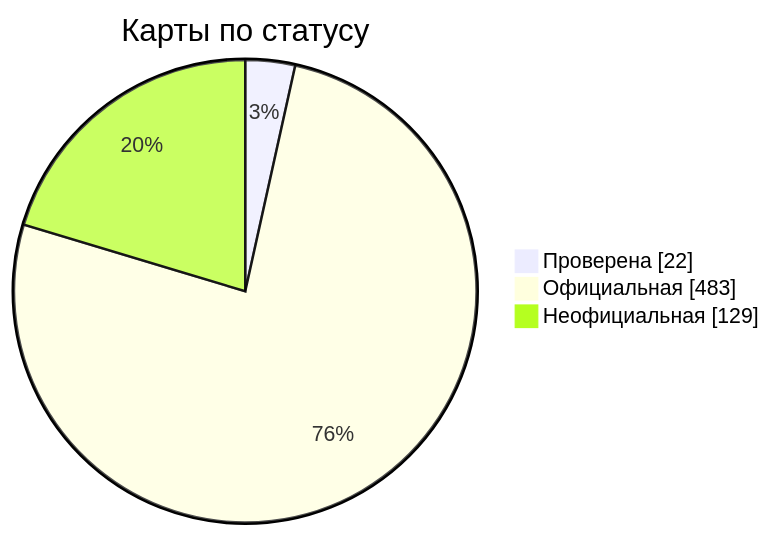
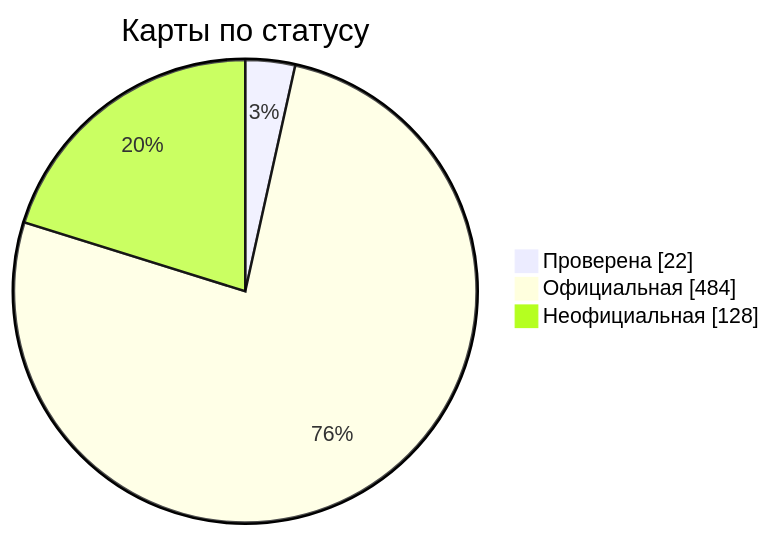
Before and after one commit to nobrega8/mbmap-library: the diagram in docs/readme/README_RU.md, drawn with Mermaid. The commit also changed 6 other files, not shown here.

````diff
--- a/docs/readme/README_RU.md
+++ b/docs/readme/README_RU.md
@@ -54,7 +54,7 @@
 ```mermaid
 pie showData
     title Карты по статусу
     "Проверена" : 22
-    "Официальная" : 483
-    "Неофициальная" : 129
+    "Официальная" : 484
+    "Неофициальная" : 128
 ```
````
